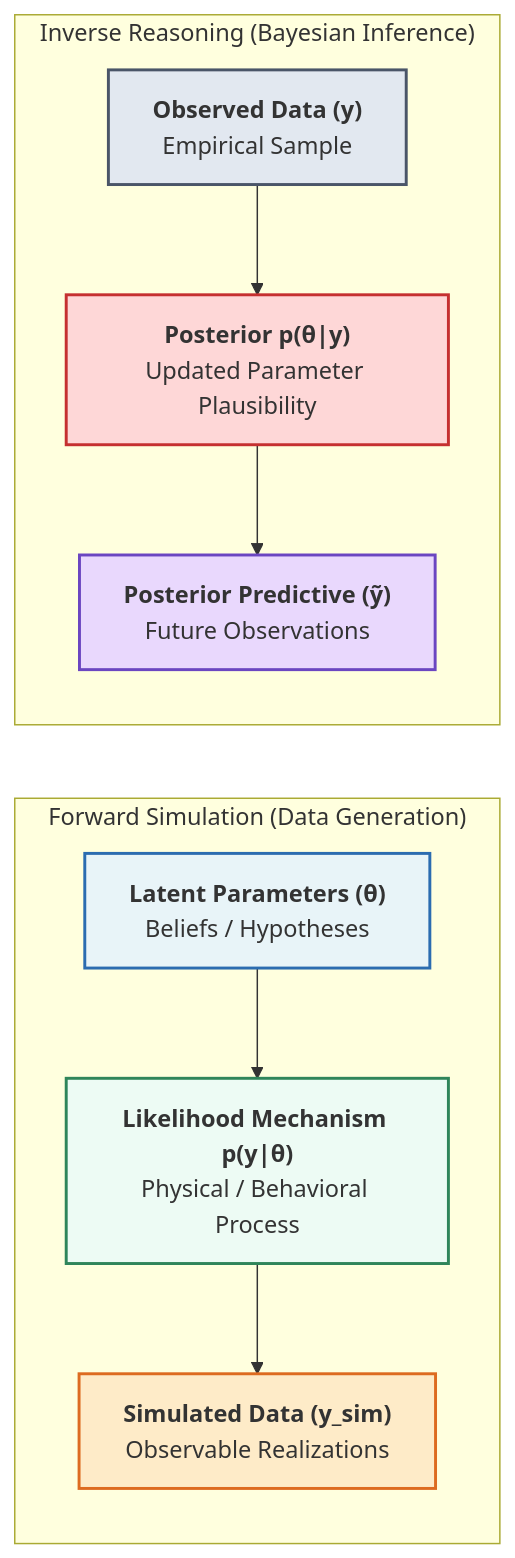
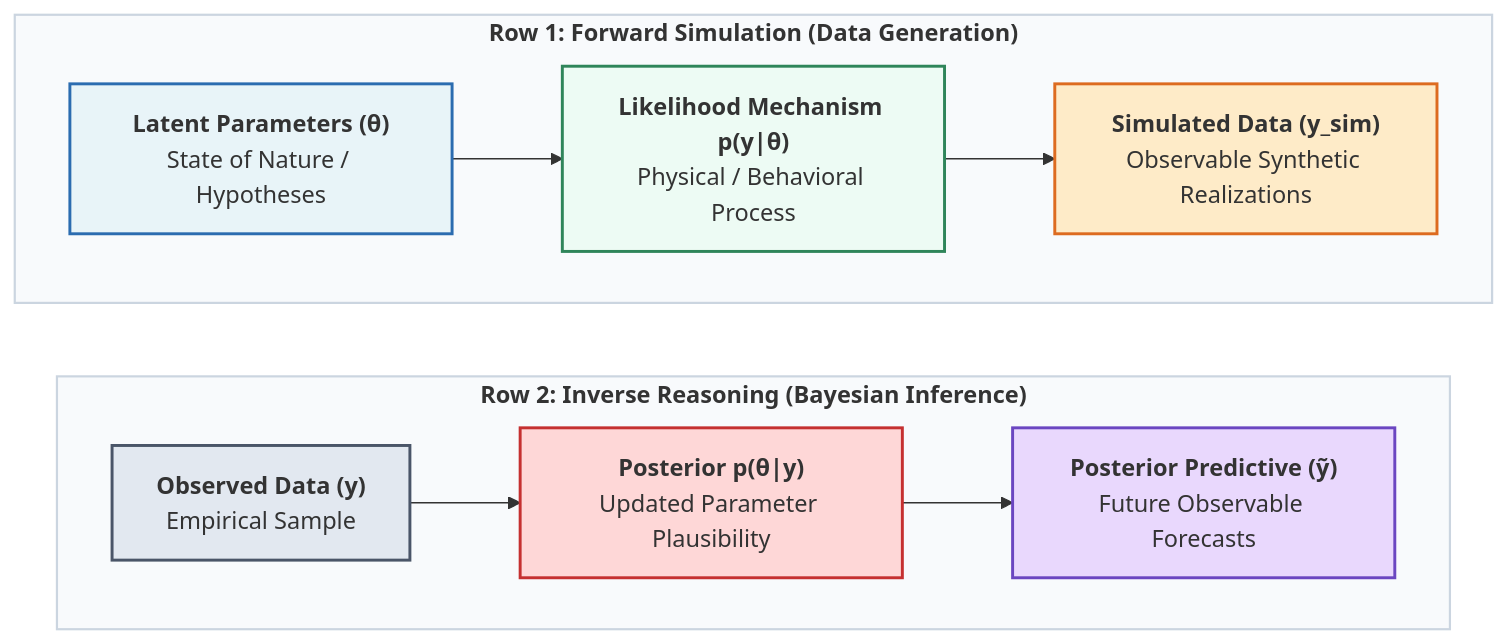
Before and after one commit to iknyazeva/bayes-cogsci-book: the diagram in 3.GenerativeModelsLikelihoodPrediction.md, drawn with Mermaid.

Commit message:
Format forward simulation and inverse reasoning flow as two distinct stacked horizontal rows in Chapter 3

````diff
--- a/3.GenerativeModelsLikelihoodPrediction.md
+++ b/3.GenerativeModelsLikelihoodPrediction.md
@@ -9,21 +9,27 @@
 ```{mermaid}
-graph LR
-    subgraph Forward_Sim ["Forward Simulation (Data Generation)"]
-        theta["<b>Latent Parameters (θ)</b><br>Beliefs / Hypotheses"]
+flowchart TD
+    subgraph Forward_Row ["<b>Row 1: Forward Simulation (Data Generation)</b>"]
+        direction LR
+        theta["<b>Latent Parameters (θ)</b><br>State of Nature / Hypotheses"]
         --> Likelihood["<b>Likelihood Mechanism p(y|θ)</b><br>Physical / Behavioral Process"]
-        --> y_sim["<b>Simulated Data (y_sim)</b><br>Observable Realizations"]
+        --> y_sim["<b>Simulated Data (y_sim)</b><br>Observable Synthetic Realizations"]
     end
 
-    subgraph Inverse_Reas ["Inverse Reasoning (Bayesian Inference)"]
+    subgraph Inverse_Row ["<b>Row 2: Inverse Reasoning (Bayesian Inference)</b>"]
+        direction LR
         y_obs["<b>Observed Data (y)</b><br>Empirical Sample"]
         --> Posterior["<b>Posterior p(θ|y)</b><br>Updated Parameter Plausibility"]
-        --> y_pred["<b>Posterior Predictive (ỹ)</b><br>Future Observations"]
+        --> y_pred["<b>Posterior Predictive (ỹ)</b><br>Future Observable Forecasts"]
     end
+
+    Forward_Row ~~~ Inverse_Row
 
     style theta fill:#e8f4f8,stroke:#2b6cb0,stroke-width:2px
     style Likelihood fill:#edfbf4,stroke:#2f855a,stroke-width:2px
     style y_sim fill:#feebc8,stroke:#dd6b20,stroke-width:2px
     style y_obs fill:#e2e8f0,stroke:#4a5568,stroke-width:2px
     style Posterior fill:#fed7d7,stroke:#c53030,stroke-width:2px
     style y_pred fill:#e9d8fd,stroke:#6b46c1,stroke-width:2px
+    style Forward_Row fill:#f8fafc,stroke:#cbd5e0,stroke-width:1.5px
+    style Inverse_Row fill:#f8fafc,stroke:#cbd5e0,stroke-width:1.5px
 ```
````
